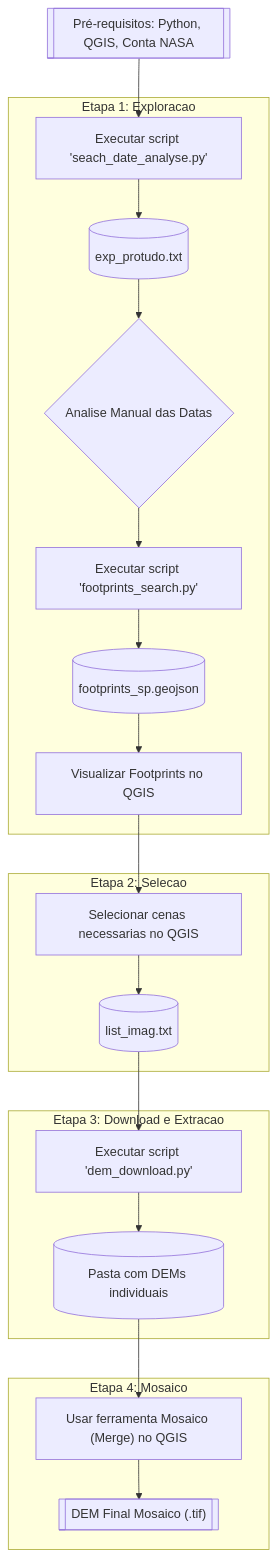
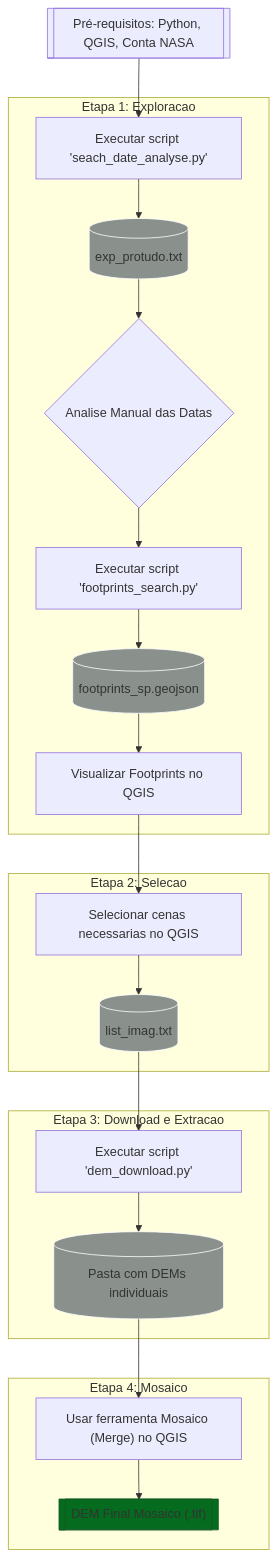
Before and after one commit to maviz991/2025_geo: the diagram in Python/SR_AlosPalsar/README.md, drawn with Mermaid.

Commit message:
README.md

````diff
--- a/Python/SR_AlosPalsar/README.md
+++ b/Python/SR_AlosPalsar/README.md
@@ -95,30 +95,37 @@
 ```mermaid
 graph TD
     A[["Pré-requisitos: Python, QGIS, Conta NASA"]] --> B;
 
     subgraph "Etapa 1: Exploracao"
         B["Executar script 'seach_date_analyse.py'"] --> C[("exp_protudo.txt")];
         C --> D{"Analise Manual das Datas"};
         D --> E["Executar script 'footprints_search.py'"];
         E --> F[("footprints_sp.geojson")];
         F --> G["Visualizar Footprints no QGIS"];
     end
 
     G --> H;
 
     subgraph "Etapa 2: Selecao"
         H["Selecionar cenas necessarias no QGIS"] --> I[("list_imag.txt")];
     end
 
     I --> J;
 
     subgraph "Etapa 3: Download e Extracao"
         J["Executar script 'dem_download.py'"] --> K[("Pasta com DEMs individuais")];
     end
 
     K --> L;
 
     subgraph "Etapa 4: Mosaico"
         L["Usar ferramenta Mosaico (Merge) no QGIS"] --> M[["DEM Final Mosaico (.tif)"]];
     end
+
+    style C fill:#8a918c,stroke:#ffffff
+    style F fill:#8a918c,stroke:#ffffff
+    style I fill:#8a918c,stroke:#ffffff
+    style K fill:#8a918c,stroke:#ffffff
+    style M fill:#056b1e,stroke:#155724
+
 ```
````
